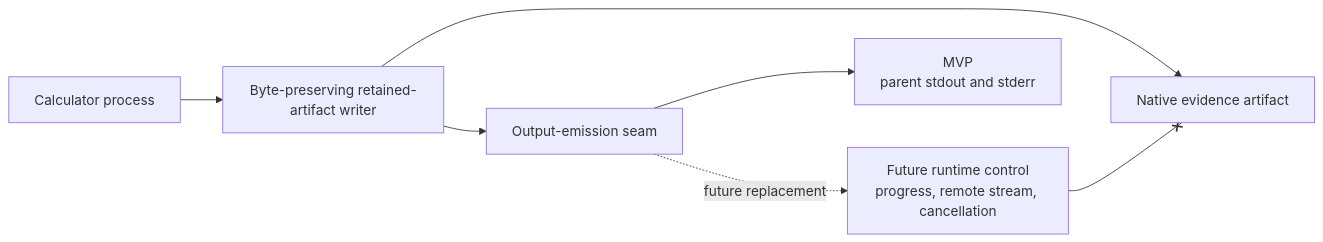
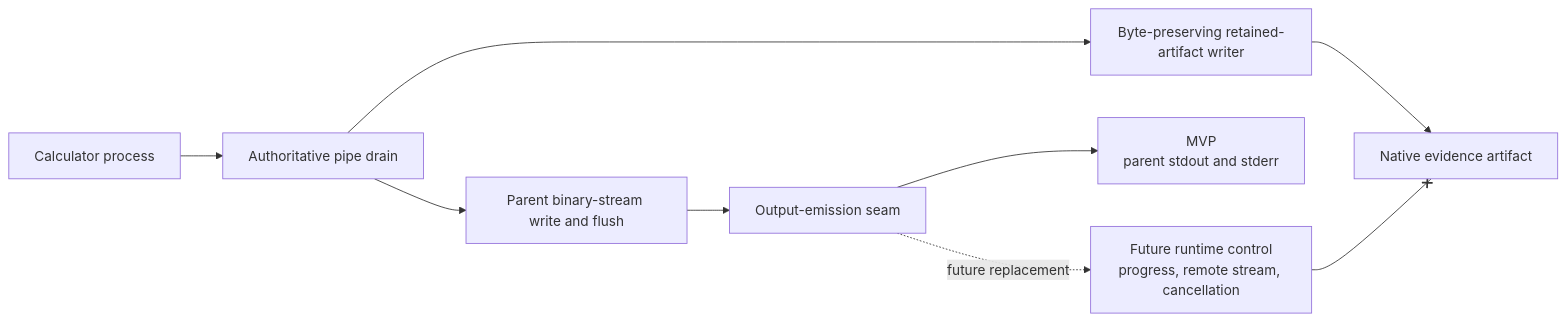
The third of 4 diagrams in docs/architecture/projectkoios/simulations/execution/schematics.md (eragasa/projectkoios-simulations), drawn with Mermaid before and after one commit. The commit also changed other lines of this file and 17 other files, not shown here.

````diff
--- a/docs/architecture/projectkoios/simulations/execution/schematics.md
+++ b/docs/architecture/projectkoios/simulations/execution/schematics.md
@@ -72,15 +72,18 @@
 ```mermaid
 flowchart LR
     process[Calculator process]
+    drain[Authoritative pipe drain]
     writer[Byte-preserving retained-artifact writer]
     evidence[Native evidence artifact]
+    tee[Parent binary-stream write and flush]
     seam[Output-emission seam]
     console[MVP<br/>parent stdout and stderr]
     control[Future runtime control<br/>progress, remote stream, cancellation]
 
-    process --> writer --> evidence
-    writer --> seam
+    process --> drain
+    drain --> writer --> evidence
+    drain --> tee --> seam
     seam --> console
     seam -. future replacement .-> control
     control --x evidence
 ```
````
